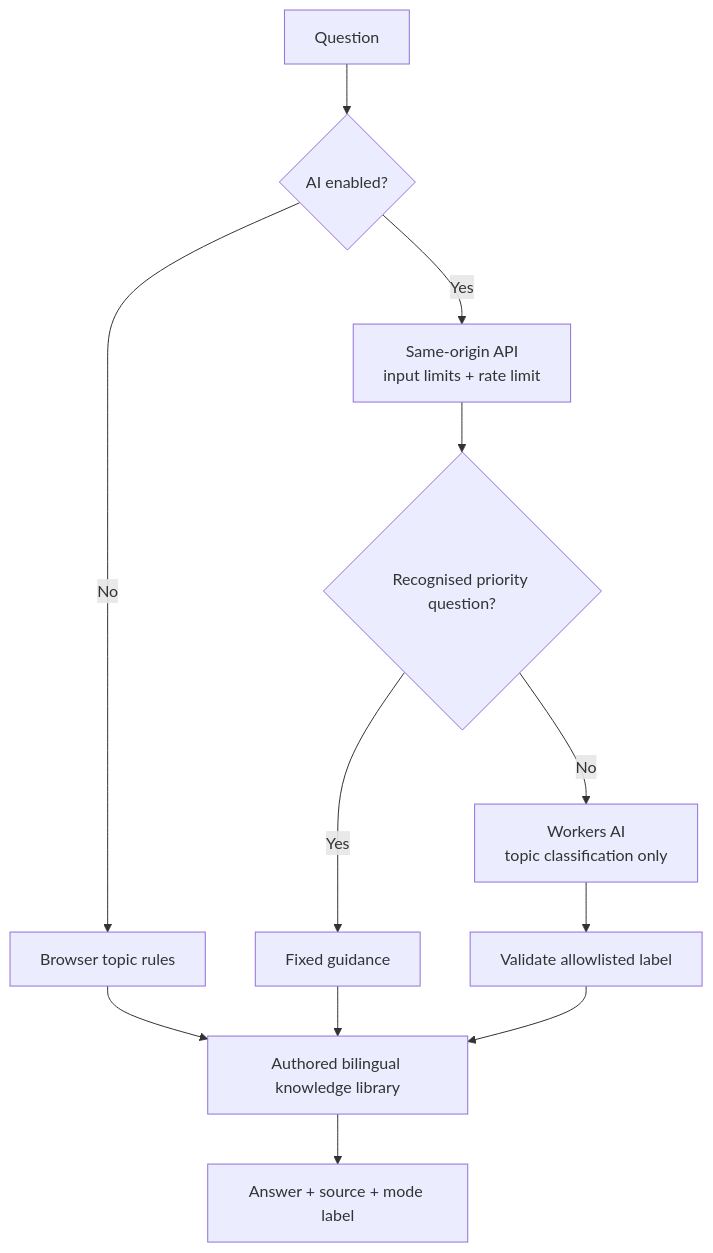
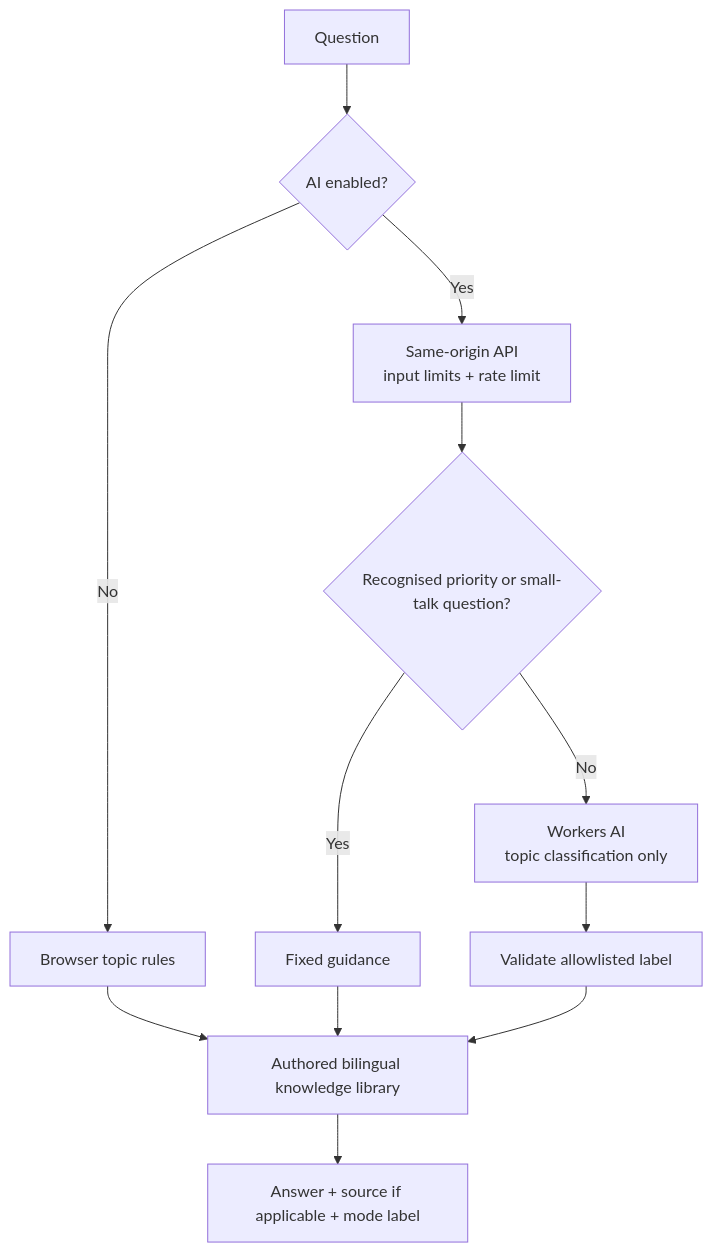
Before and after one commit to stephenovo/H-plus: the second of 2 diagrams in README.md, drawn with Mermaid. The commit also changed other lines of this file and 6 other files, not shown here.

Commit message:
Add bounded small talk to Ah Hong

````diff
--- a/README.md
+++ b/README.md
@@ -90,14 +90,14 @@
 ```mermaid
 flowchart TD
     Q["Question"] --> CONSENT{"AI enabled?"}
     CONSENT -->|No| LOCAL["Browser topic rules"]
     CONSENT -->|Yes| SERVER["Same-origin API\ninput limits + rate limit"]
-    SERVER --> PRIORITY{"Recognised priority question?"}
+    SERVER --> PRIORITY{"Recognised priority or small-talk question?"}
     PRIORITY -->|Yes| RULES["Fixed guidance"]
     PRIORITY -->|No| AI["Workers AI\ntopic classification only"]
     AI --> VALIDATE["Validate allowlisted label"]
     VALIDATE --> KB["Authored bilingual knowledge library"]
     LOCAL --> KB
     RULES --> KB
-    KB --> OUT["Answer + source + mode label"]
+    KB --> OUT["Answer + source if applicable + mode label"]
 ```
````
